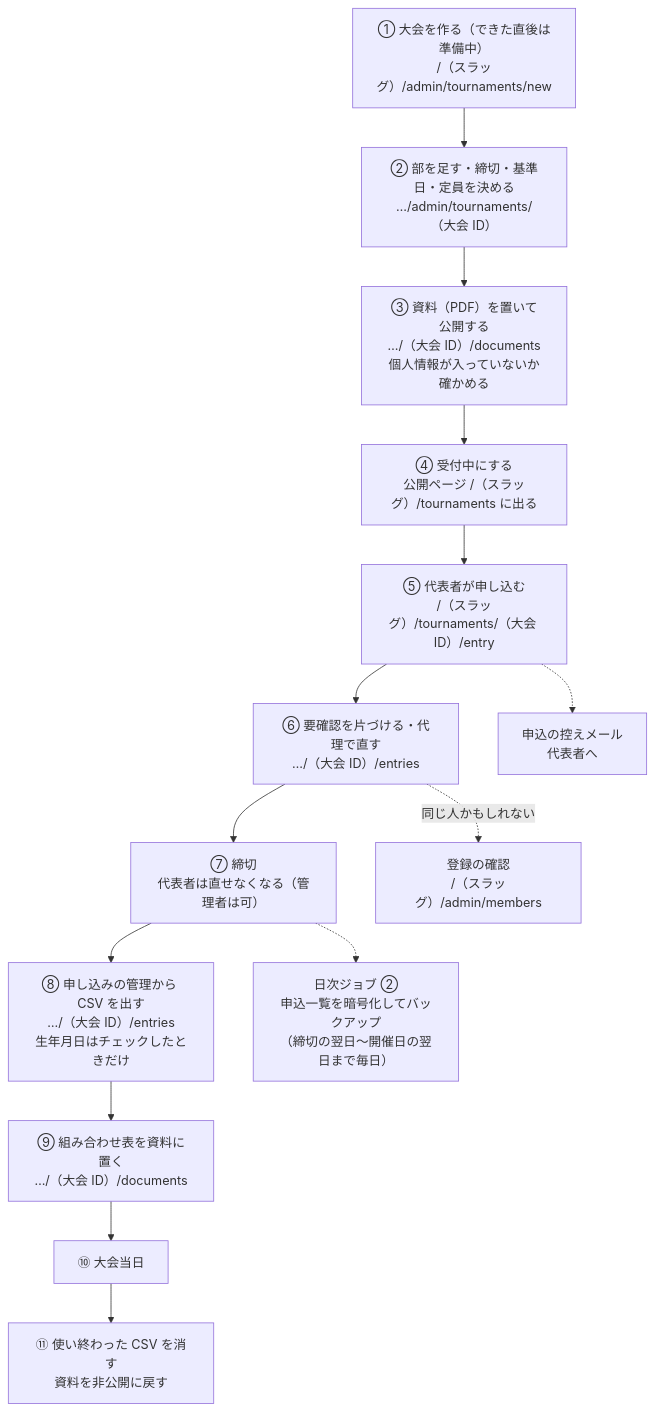
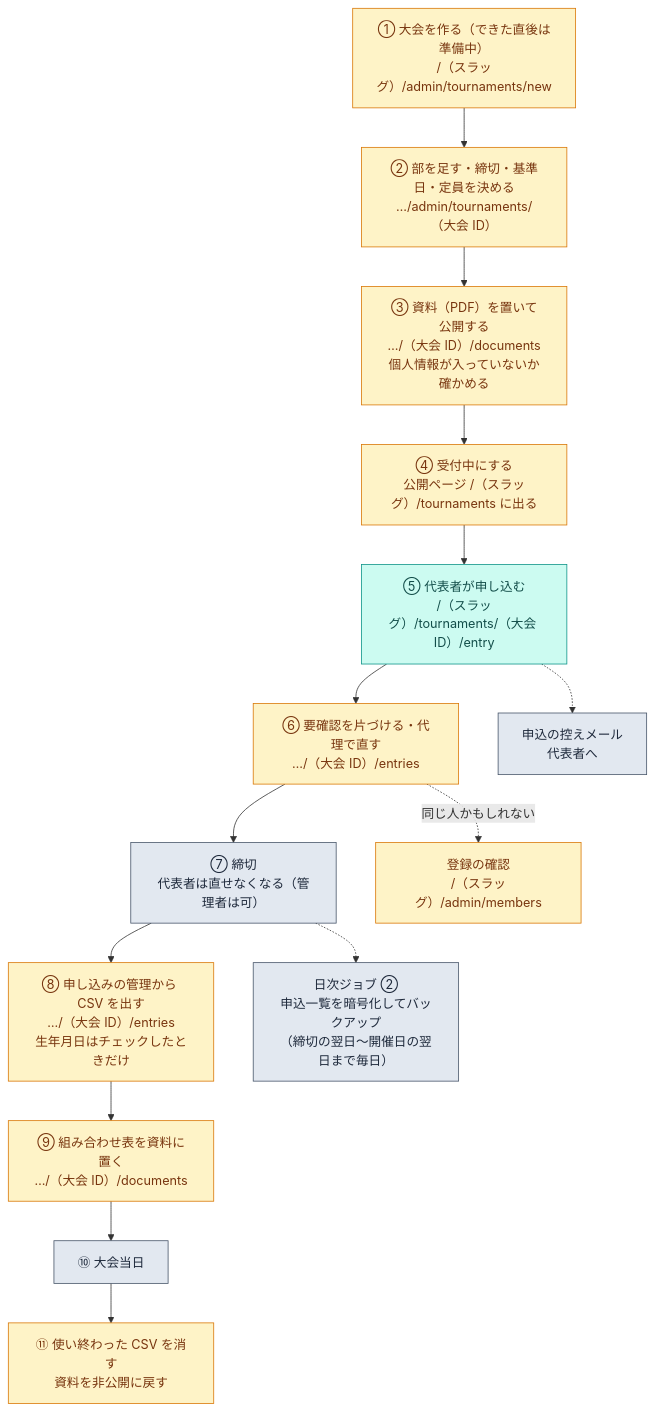
The fifth of 7 diagrams in docs/ops.md (naki27/beachball-portal), drawn with Mermaid before and after one commit. The commit also changed other lines of this file, not shown here.

First line of the commit message:
docs: 運用フロー図の色分け（ops.md の mermaid に classDef）

````diff
--- a/docs/ops.md
+++ b/docs/ops.md
@@ -169,22 +172,26 @@
 ```mermaid
 flowchart TD
-  S1["① 大会を作る（できた直後は準備中）<br/>/（スラッグ）/admin/tournaments/new"]
-  S2["② 部を足す・締切・基準日・定員を決める<br/>…/admin/tournaments/（大会 ID）"]
-  S3["③ 資料（PDF）を置いて公開する<br/>…/（大会 ID）/documents<br/>個人情報が入っていないか確かめる"]
-  S4["④ 受付中にする<br/>公開ページ /（スラッグ）/tournaments に出る"]
-  S5["⑤ 代表者が申し込む<br/>/（スラッグ）/tournaments/（大会 ID）/entry"]
-  S6["⑥ 要確認を片づける・代理で直す<br/>…/（大会 ID）/entries"]
-  S7["⑦ 締切<br/>代表者は直せなくなる（管理者は可）"]
-  S8["⑧ 申し込みの管理から CSV を出す<br/>…/（大会 ID）/entries<br/>生年月日はチェックしたときだけ"]
-  S9["⑨ 組み合わせ表を資料に置く<br/>…/（大会 ID）/documents"]
-  S10["⑩ 大会当日"]
-  S11["⑪ 使い終わった CSV を消す<br/>資料を非公開に戻す"]
+  S1["① 大会を作る（できた直後は準備中）<br/>/（スラッグ）/admin/tournaments/new"]:::admin
+  S2["② 部を足す・締切・基準日・定員を決める<br/>…/admin/tournaments/（大会 ID）"]:::admin
+  S3["③ 資料（PDF）を置いて公開する<br/>…/（大会 ID）/documents<br/>個人情報が入っていないか確かめる"]:::admin
+  S4["④ 受付中にする<br/>公開ページ /（スラッグ）/tournaments に出る"]:::admin
+  S5["⑤ 代表者が申し込む<br/>/（スラッグ）/tournaments/（大会 ID）/entry"]:::entry
+  S6["⑥ 要確認を片づける・代理で直す<br/>…/（大会 ID）/entries"]:::admin
+  S7["⑦ 締切<br/>代表者は直せなくなる（管理者は可）"]:::job
+  S8["⑧ 申し込みの管理から CSV を出す<br/>…/（大会 ID）/entries<br/>生年月日はチェックしたときだけ"]:::admin
+  S9["⑨ 組み合わせ表を資料に置く<br/>…/（大会 ID）/documents"]:::admin
+  S10["⑩ 大会当日"]:::job
+  S11["⑪ 使い終わった CSV を消す<br/>資料を非公開に戻す"]:::admin
 
-  M1["申込の控えメール<br/>代表者へ"]
-  B1["日次ジョブ ②<br/>申込一覧を暗号化してバックアップ<br/>（締切の翌日〜開催日の翌日まで毎日）"]
+  M1["申込の控えメール<br/>代表者へ"]:::job
+  B1["日次ジョブ ②<br/>申込一覧を暗号化してバックアップ<br/>（締切の翌日〜開催日の翌日まで毎日）"]:::job
 
   S1 --> S2 --> S3 --> S4 --> S5 --> S6 --> S7 --> S8 --> S9 --> S10 --> S11
   S5 -.-> M1
   S7 -.-> B1
-  S6 -.->|"同じ人かもしれない"| RV["登録の確認<br/>/（スラッグ）/admin/members"]
+  S6 -.->|"同じ人かもしれない"| RV["登録の確認<br/>/（スラッグ）/admin/members"]:::admin
+
+  classDef admin fill:#fef3c7,stroke:#d97706,color:#78350f
+  classDef entry fill:#ccfbf1,stroke:#0d9488,color:#134e4a
+  classDef job fill:#e2e8f0,stroke:#475569,color:#1e293b
 ```
````
